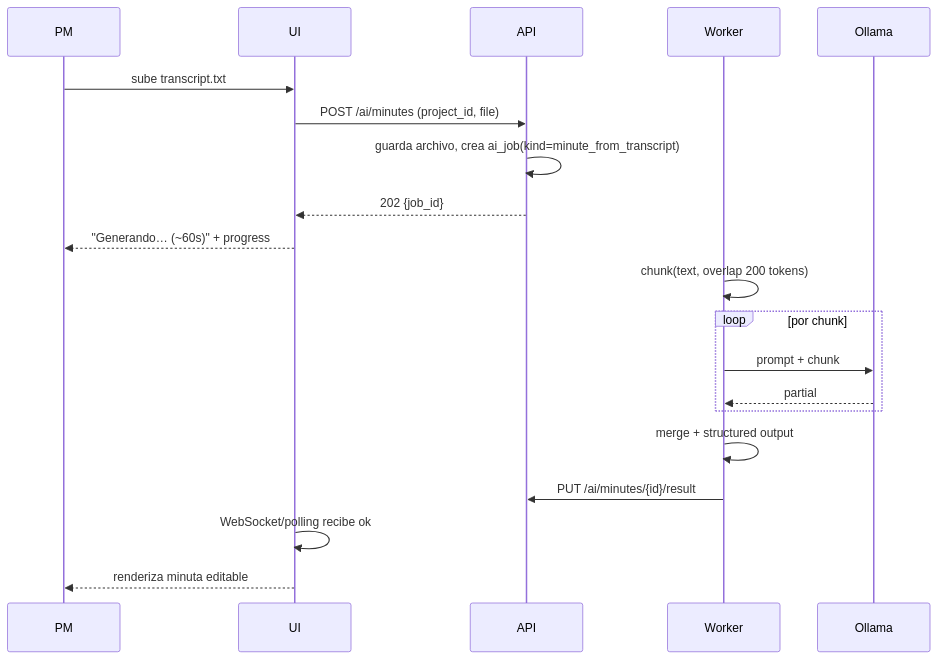
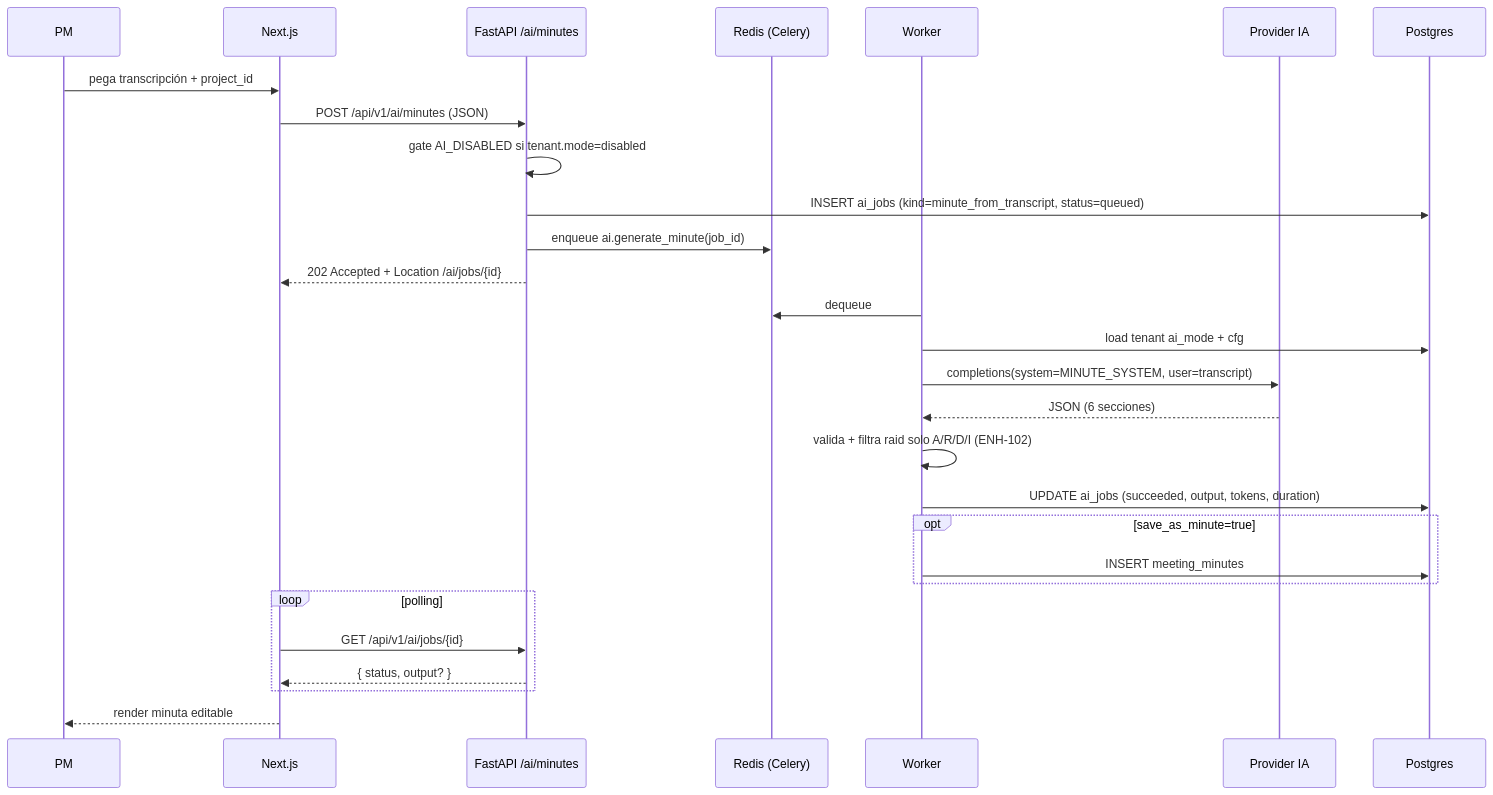
The diagram in docs/epics/EP008-ai.md (xguilxr/pmo_aas), drawn with Mermaid before and after one commit. The commit also changed other lines of this file and 10 other files, not shown here.

````diff
--- a/docs/epics/EP008-ai.md
+++ b/docs/epics/EP008-ai.md
@@ -47,23 +51,33 @@
 ```mermaid
 sequenceDiagram
     participant PM
-    participant UI
-    participant API
-    participant Worker
-    participant Ollama
+    participant UI as Next.js
+    participant API as FastAPI /ai/minutes
+    participant Q as Redis (Celery)
+    participant WK as Worker
+    participant P as Provider IA
+    participant D as Postgres
 
-    PM->>UI: sube transcript.txt
-    UI->>API: POST /ai/minutes (project_id, file)
-    API->>API: guarda archivo, crea ai_job(kind=minute_from_transcript)
-    API-->>UI: 202 {job_id}
-    UI-->>PM: "Generando… (~60s)" + progress
-    Worker->>Worker: chunk(text, overlap 200 tokens)
-    loop por chunk
-        Worker->>Ollama: prompt + chunk
-        Ollama-->>Worker: partial
+    PM->>UI: pega transcripción + project_id
+    UI->>API: POST /api/v1/ai/minutes (JSON)
+    API->>API: gate AI_DISABLED si tenant.mode=disabled
+    API->>D: INSERT ai_jobs (kind=minute_from_transcript, status=queued)
+    API->>Q: enqueue ai.generate_minute(job_id)
+    API-->>UI: 202 Accepted + Location /ai/jobs/{id}
+
+    WK->>Q: dequeue
+    WK->>D: load tenant ai_mode + cfg
+    WK->>P: completions(system=MINUTE_SYSTEM, user=transcript)
+    P-->>WK: JSON (6 secciones)
+    WK->>WK: valida + filtra raid solo A/R/D/I (ENH-102)
+    WK->>D: UPDATE ai_jobs (succeeded, output, tokens, duration)
+    opt save_as_minute=true
+        WK->>D: INSERT meeting_minutes
     end
-    Worker->>Worker: merge + structured output
-    Worker->>API: PUT /ai/minutes/{id}/result
-    UI->>UI: WebSocket/polling recibe ok
-    UI-->>PM: renderiza minuta editable
+
+    loop polling
+        UI->>API: GET /api/v1/ai/jobs/{id}
+        API-->>UI: { status, output? }
+    end
+    UI-->>PM: render minuta editable
 ```
````
